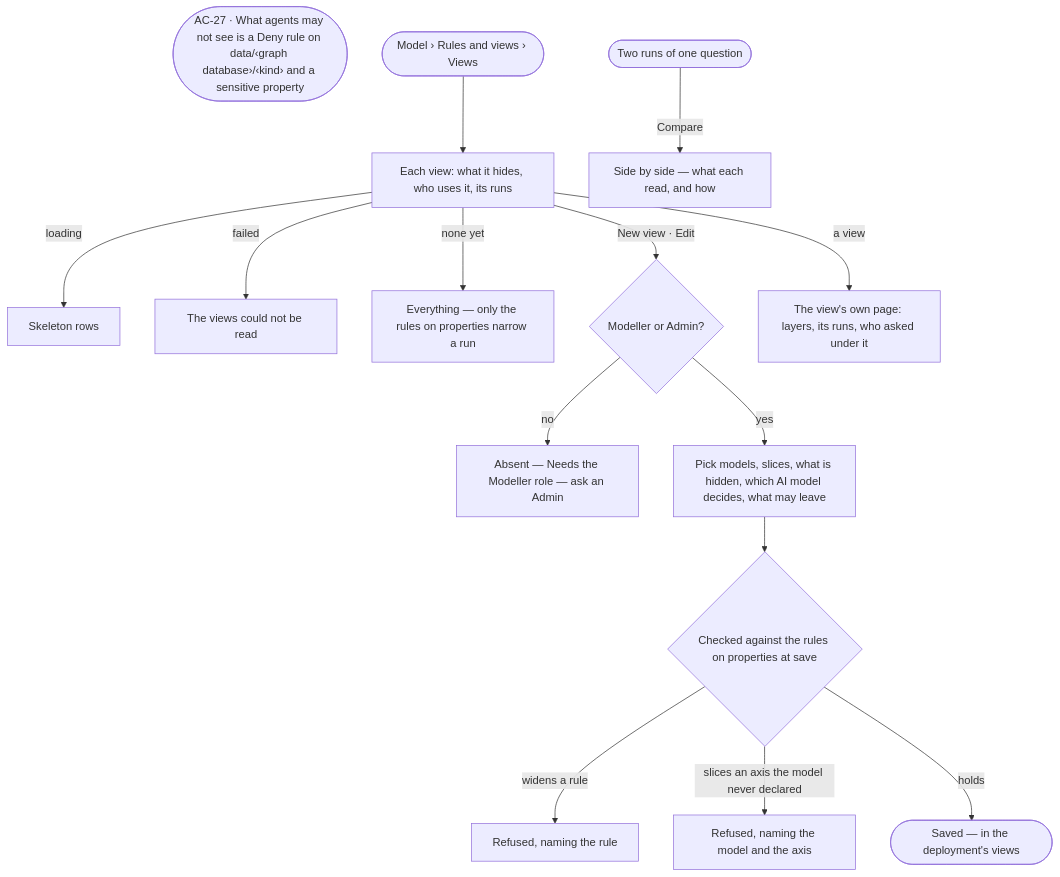
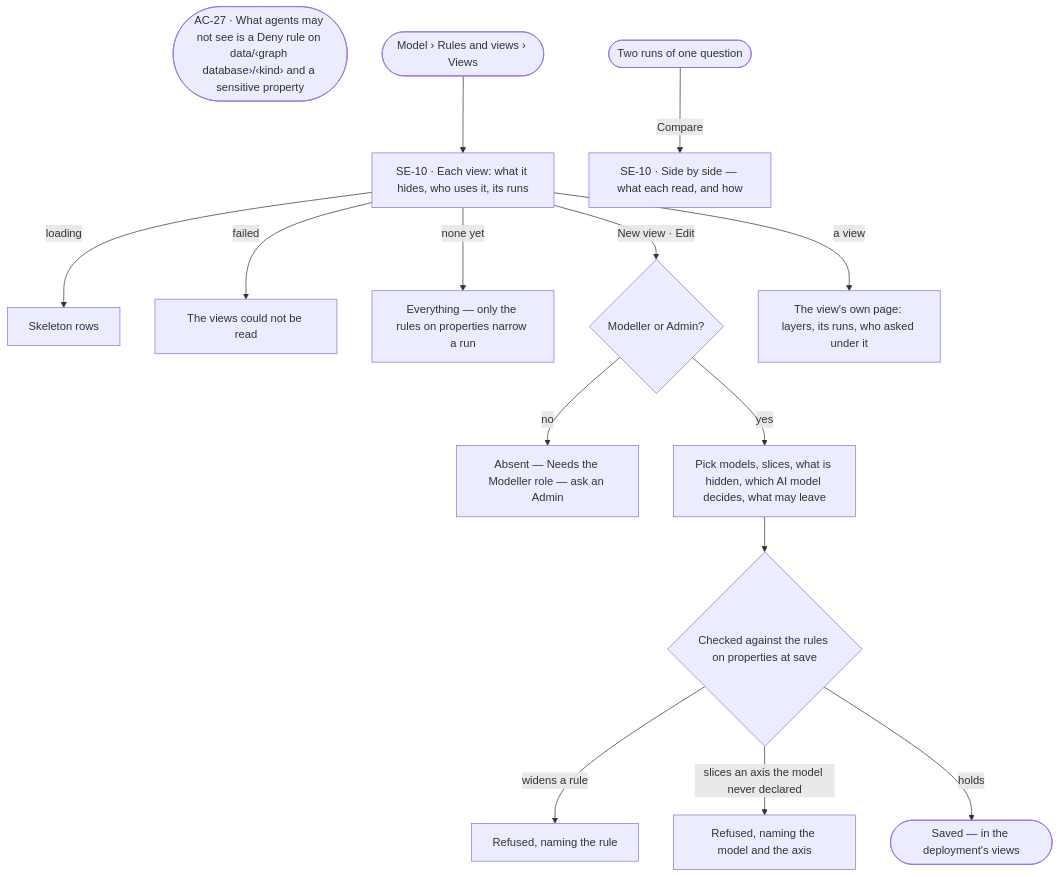
Before and after one commit to invana/invana: the first of 2 diagrams in specs/capabilities/semantics/features/SE-F09-views-of-the-graph/feature.md, drawn with Mermaid. The commit also changed other lines of this file and 11 other files, not shown here.

````diff
--- a/specs/capabilities/semantics/features/SE-F09-views-of-the-graph/feature.md
+++ b/specs/capabilities/semantics/features/SE-F09-views-of-the-graph/feature.md
@@ -21,17 +21,17 @@
 ```mermaid
 flowchart TD
   kept(["AC-27 · What agents may not see is a Deny rule on data/‹graph database›/‹kind› and a sensitive property"])
-  start([Model › Rules and views › Views]) --> v["Each view: what it hides, who uses it, its runs"]
+  start([Model › Rules and views › Views]) --> v["SE-10 · Each view: what it hides, who uses it, its runs"]
   v -->|loading| sk["Skeleton rows"]
   v -->|failed| f["The views could not be read"]
   v -->|none yet| v0["Everything — only the rules on properties narrow a run"]
   v -->|New view · Edit| ed{Modeller or Admin?}
   ed -->|no| na["Absent — Needs the Modeller role — ask an Admin"]
   ed -->|yes| pick["Pick models, slices, what is hidden, which AI model decides, what may leave"]
   pick --> val{Checked against the rules on properties at save}
   val -->|widens a rule| vr["Refused, naming the rule"]
   val -->|slices an axis the model never declared| va["Refused, naming the model and the axis"]
   val -->|holds| saved(["Saved — in the deployment's views"])
   v -->|a view| board["The view's own page: layers, its runs, who asked under it"]
-  runs([Two runs of one question]) -->|Compare| cmp["Side by side — what each read, and how"]
+  runs([Two runs of one question]) -->|Compare| cmp["SE-10 · Side by side — what each read, and how"]
 ```
````
